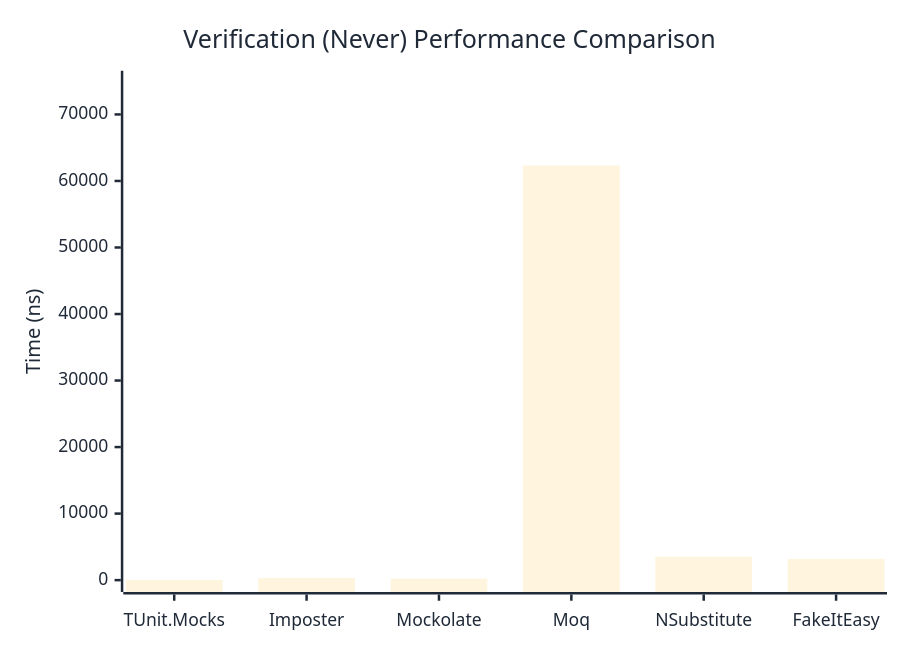
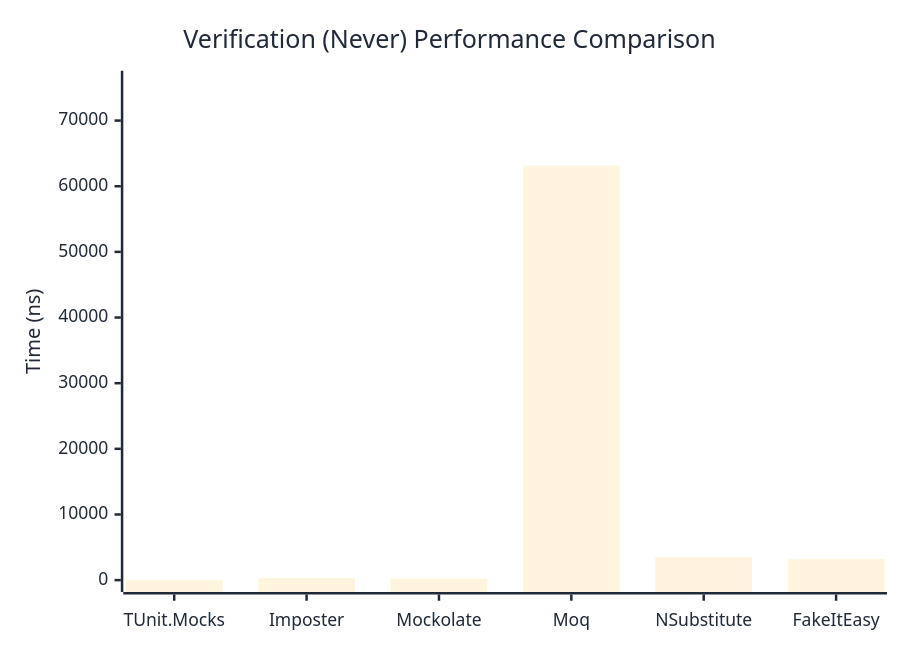
One commit to thomhurst/TUnit changed the second of 3 diagrams in docs/docs/benchmarks/mocks/Verification.md. Above: the diagram before and after it, drawn with Mermaid. The commit also changed other lines of this file and 14 other files, not shown here.

````diff
--- a/docs/docs/benchmarks/mocks/Verification.md
+++ b/docs/docs/benchmarks/mocks/Verification.md
@@ -71,27 +71,27 @@
 ```mermaid
 %%{init: {
   'theme':'base',
   'themeVariables': {
     'primaryColor': '#2563eb',
     'primaryTextColor': '#1f2937',
     'primaryBorderColor': '#1e40af',
     'lineColor': '#6b7280',
     'secondaryColor': '#7c3aed',
     'tertiaryColor': '#dc2626',
     'background': '#ffffff',
     'pie1': '#2563eb',
     'pie2': '#7c3aed',
     'pie3': '#dc2626',
     'pie4': '#f59e0b',
     'pie5': '#10b981',
     'pie6': '#06b6d4',
     'pie7': '#ec4899',
     'pie8': '#6366f1'
   }
 }}%%
 xychart-beta
   title "Verification (Never) Performance Comparison"
   x-axis ["TUnit.Mocks", "Imposter", "Mockolate", "Moq", "NSubstitute", "FakeItEasy"]
-  y-axis "Time (ns)" 0 --> 74781
-  bar [53.83, 318.25, 234.47, 62316.71, 3532.67, 3184.47]
+  y-axis "Time (ns)" 0 --> 75782
+  bar [53.93, 329.59, 237.65, 63150.84, 3559.96, 3187.52]
 ```
````
